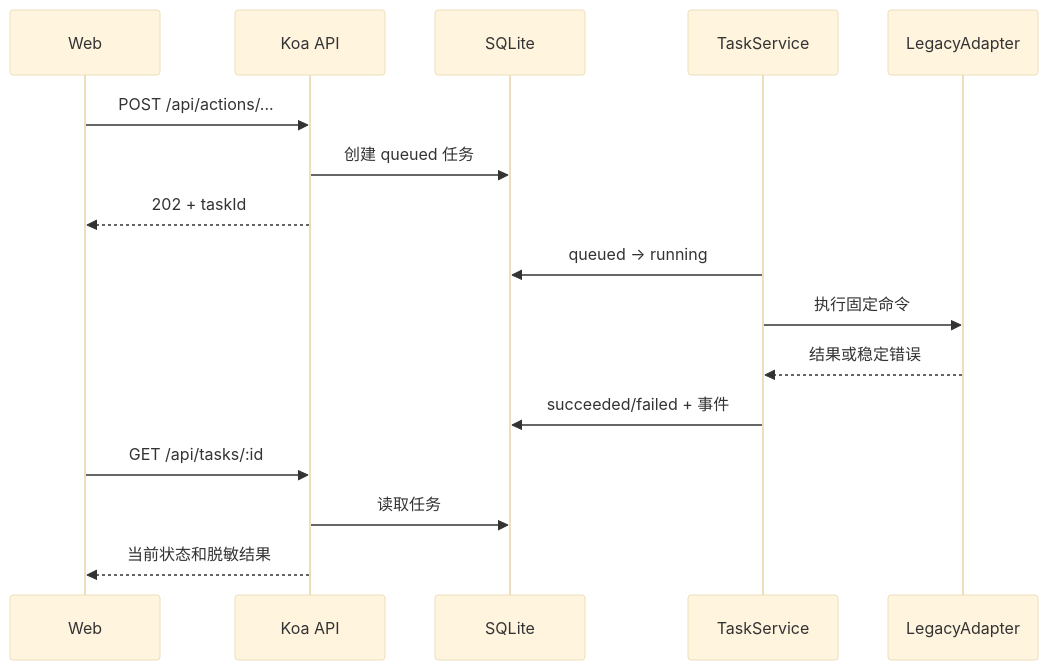
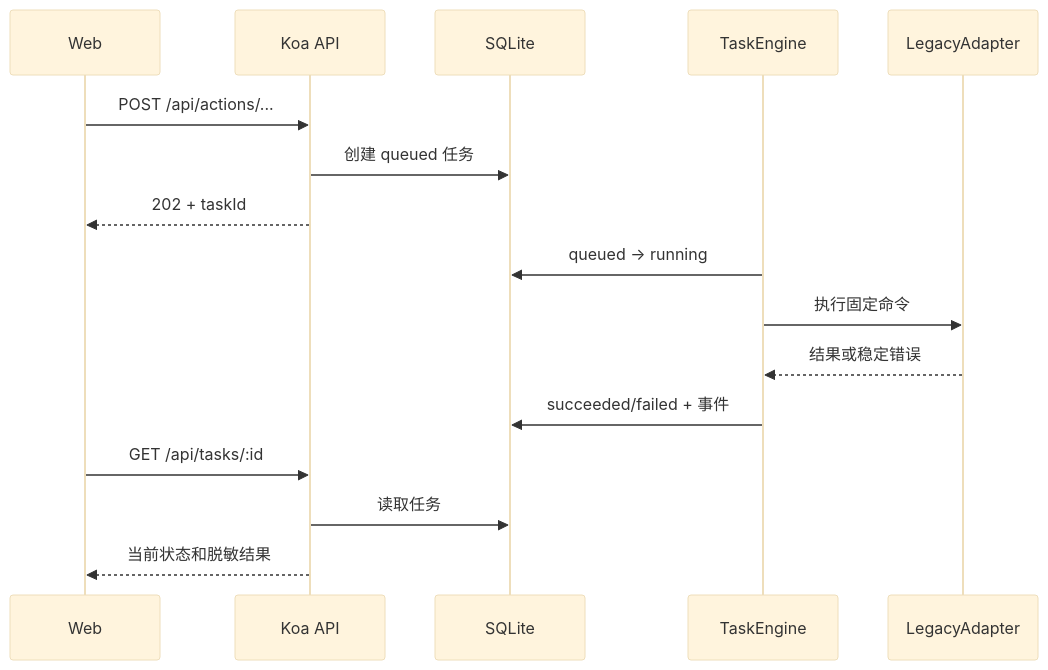
Before and after one commit to soapgu/clash-sentinel: the first of 3 diagrams in docs/api-design.md, drawn with Mermaid (base theme). The commit also changed 20 other files, not shown here.

````diff
--- a/docs/api-design.md
+++ b/docs/api-design.md
@@ -674,18 +674,18 @@
 ```mermaid
 sequenceDiagram
     participant UI as Web
     participant API as Koa API
     participant DB as SQLite
-    participant Job as TaskService
+    participant Job as TaskEngine
     participant Legacy as LegacyAdapter
     UI->>API: POST /api/actions/...
     API->>DB: 创建 queued 任务
     API-->>UI: 202 + taskId
     Job->>DB: queued → running
     Job->>Legacy: 执行固定命令
     Legacy-->>Job: 结果或稳定错误
     Job->>DB: succeeded/failed + 事件
     UI->>API: GET /api/tasks/:id
     API->>DB: 读取任务
     API-->>UI: 当前状态和脱敏结果
 ```
````
